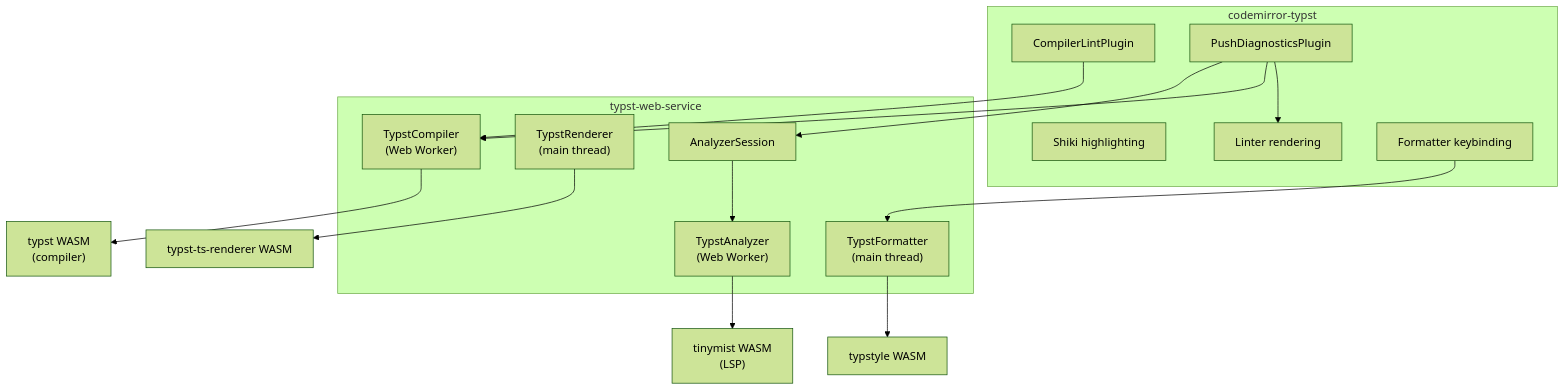
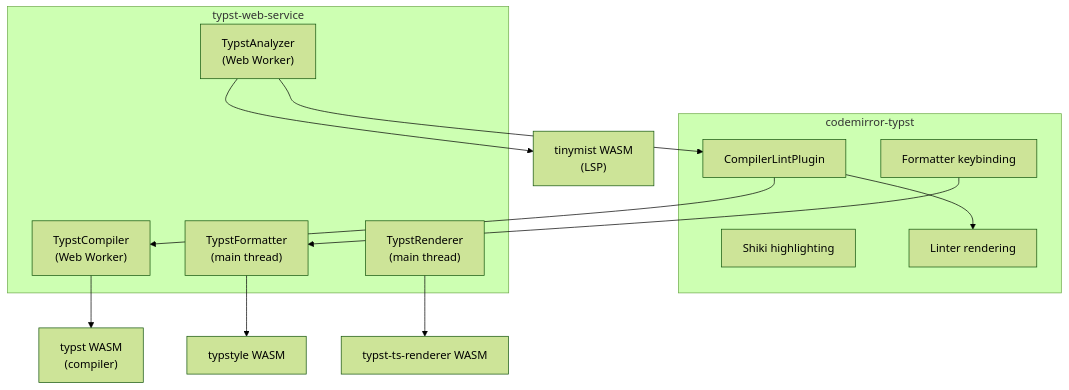
Before and after one commit to vedivad/codemirror-typst-linter: the diagram in README.md, drawn with Mermaid (forest theme). The commit also changed other lines of this file and 1 other file, not shown here.

````diff
--- a/README.md
+++ b/README.md
@@ -265,30 +261,26 @@
 ```mermaid
 graph TD
   subgraph "codemirror-typst"
     Shiki[Shiki highlighting]
     Linter[Linter rendering]
     Pull[CompilerLintPlugin]
-    Push[PushDiagnosticsPlugin]
     FmtExt[Formatter keybinding]
   end
 
   subgraph "typst-web-service"
     Compiler["TypstCompiler\n(Web Worker)"]
     Analyzer["TypstAnalyzer\n(Web Worker)"]
     Renderer["TypstRenderer\n(main thread)"]
     Formatter["TypstFormatter\n(main thread)"]
-    Session["AnalyzerSession"]
   end
 
   Pull --> Compiler
-  Push --> Session
-  Push --> Compiler
-  Push --> Linter
-  Session --> Analyzer
+  Pull --> Linter
+  Analyzer --> Pull
   FmtExt --> Formatter
 
   Compiler --> TypstWASM["typst WASM\n(compiler)"]
   Analyzer --> TinymistWASM["tinymist WASM\n(LSP)"]
   Renderer --> RendererWASM["typst-ts-renderer WASM"]
   Formatter --> TypstyleWASM["typstyle WASM"]
 ```
````
